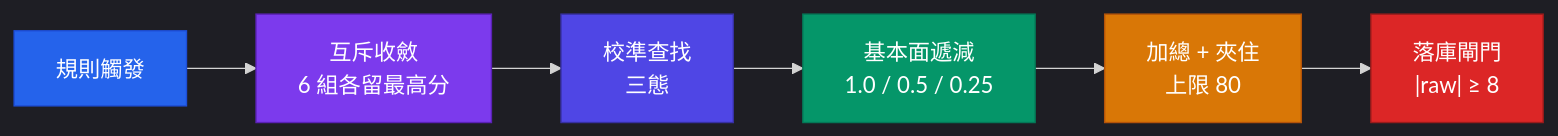
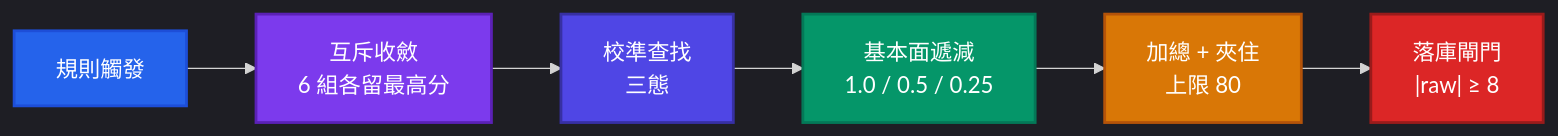
One commit to Neal75418/daredevil changed the second of 2 diagrams in docs/RULE_ENGINE.md. Above: the diagram before and after it, drawn with Mermaid. The commit also changed other lines of this file and 2 other files, not shown here.

````diff
--- a/docs/RULE_ENGINE.md
+++ b/docs/RULE_ENGINE.md
@@ -241,16 +246,23 @@
 ```mermaid
 %%{init: {'theme': 'dark'}}%%
 flowchart LR
     Fire["規則觸發"] --> Mutex["互斥收斂<br/>6 組各留最高分"]
     Mutex --> Lookup["校準查找<br/>三態"]
     Lookup --> Decay["基本面遞減<br/>1.0 / 0.5 / 0.25"]
     Decay --> Sum["加總 + 夾住<br/>上限 80"]
     Sum --> Gate["落庫閘門<br/>|raw| ≥ 8"]
 
-    style Fire fill:#2563EB,color:#fff,stroke:#1D4ED8
-    style Mutex fill:#7C3AED,color:#fff,stroke:#5B21B6
-    style Lookup fill:#4F46E5,color:#fff,stroke:#3730A3
-    style Decay fill:#059669,color:#fff,stroke:#047857
-    style Sum fill:#D97706,color:#fff,stroke:#B45309
-    style Gate fill:#DC2626,color:#fff,stroke:#991B1B
+    classDef src fill:#2563EB,stroke:#1D4ED8,stroke-width:2px,color:#FFFFFF
+    classDef filt fill:#7C3AED,stroke:#5B21B6,stroke-width:2px,color:#FFFFFF
+    classDef eng fill:#4F46E5,stroke:#3730A3,stroke-width:2px,color:#FFFFFF
+    classDef calc fill:#059669,stroke:#047857,stroke-width:2px,color:#FFFFFF
+    classDef out fill:#D97706,stroke:#B45309,stroke-width:2px,color:#FFFFFF
+    classDef gate fill:#DC2626,stroke:#991B1B,stroke-width:2px,color:#FFFFFF
+
+    class Fire src
+    class Mutex filt
+    class Lookup eng
+    class Decay calc
+    class Sum out
+    class Gate gate
 ```
````
